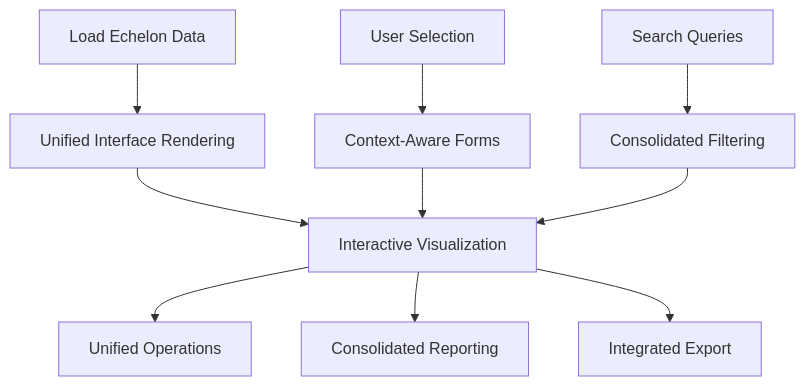
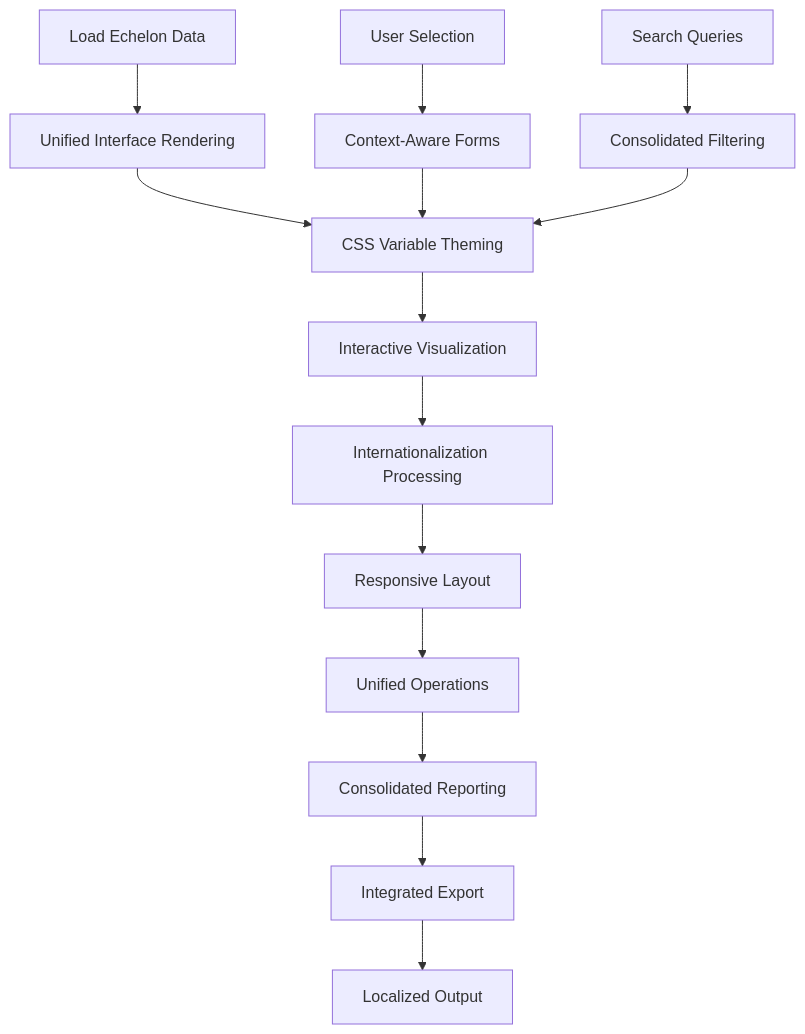
Before and after one commit to franckylab/eLISAschool: the sixth of 9 diagrams in .qoder/repowiki/en/content/Human Resources Management/Personnel Administration/Organizational Structure.md, drawn with Mermaid. The commit also changed other lines of this file and 455 other files, not shown here.

````diff
--- a/.qoder/repowiki/en/content/Human Resources Management/Personnel Administration/Organizational Structure.md
+++ b/.qoder/repowiki/en/content/Human Resources Management/Personnel Administration/Organizational Structure.md
@@ -292,12 +312,16 @@
 ```mermaid
 flowchart TD
 A["Load Echelon Data"] --> B["Unified Interface Rendering"]
 C["User Selection"] --> D["Context-Aware Forms"]
 E["Search Queries"] --> F["Consolidated Filtering"]
-B --> G["Interactive Visualization"]
+B --> G["CSS Variable Theming"]
 D --> G
 F --> G
-G --> H["Unified Operations"]
-G --> I["Consolidated Reporting"]
-G --> J["Integrated Export"]
+G --> H["Interactive Visualization"]
+H --> I["Internationalization Processing"]
+I --> J["Responsive Layout"]
+J --> K["Unified Operations"]
+K --> L["Consolidated Reporting"]
+L --> M["Integrated Export"]
+M --> N["Localized Output"]
 ```
````
